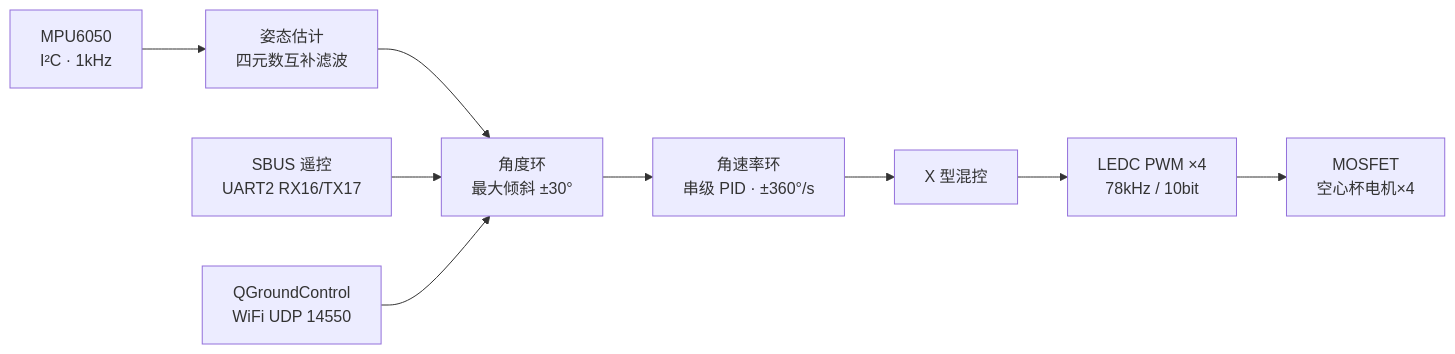
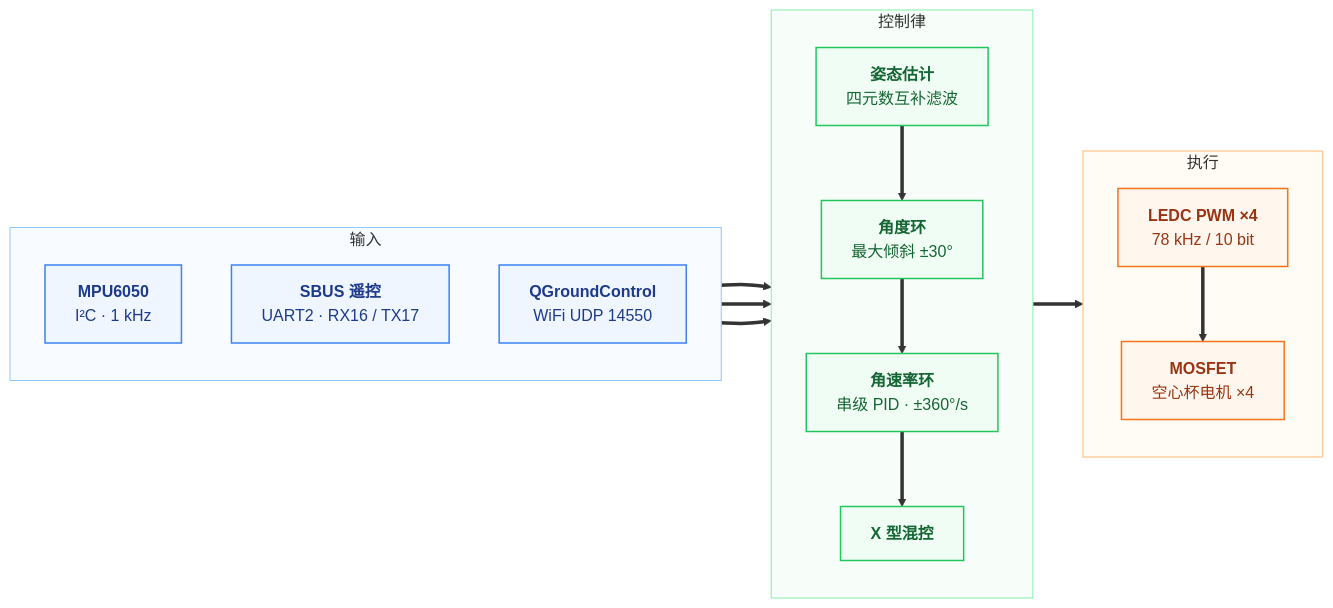
The diagram in README.md (Indulge125/esp32-mini-drone), drawn with Mermaid before and after one commit.

Commit message:
docs(readme): 固件数据流图改成配色分组版
原来的图把 X 型混控 → LEDC PWM → MOSFET 用链式写法挤在同一行
（`D --> E["X 型混控"] --> F[...] --> G[...]`），渲染出来节点挤在一起、
而且没有配色，看不出层级。

改成三个分组 + 配色：

  输入（蓝）    MPU6050 / SBUS 遥控 / QGroundControl
  控制律（绿）  姿态估计 → 角度环 → 角速率环 → X 型混控
  执行（橙）    LEDC PWM ×4 → MOSFET → 空心杯电机 ×4

关键信号链用粗箭头 ==>，和外部输入区分开。
控制律那一段的串级结构（角度环套角速率环）现在一眼能看清。

````diff
--- a/README.md
+++ b/README.md
@@ -51,9 +51,42 @@
 ```mermaid
 flowchart LR
-    A["MPU6050<br/>I²C · 1kHz"] --> B["姿态估计<br/>四元数互补滤波"]
-    B --> C["角度环<br/>最大倾斜 ±30°"]
-    C --> D["角速率环<br/>串级 PID · ±360°/s"]
-    R["SBUS 遥控<br/>UART2 RX16/TX17"] --> C
-    W["QGroundControl<br/>WiFi UDP 14550"] --> C
-    D --> E["X 型混控"] --> F["LEDC PWM ×4<br/>78kHz / 10bit"] --> G["MOSFET<br/>空心杯电机×4"]
+    subgraph IN["输入"]
+        direction TB
+        IMU["<b>MPU6050</b><br/>I²C · 1 kHz"]
+        RC["<b>SBUS 遥控</b><br/>UART2 · RX16 / TX17"]
+        GCS["<b>QGroundControl</b><br/>WiFi UDP 14550"]
+    end
+
+    subgraph CTRL["控制律"]
+        direction TB
+        ATT["<b>姿态估计</b><br/>四元数互补滤波"]
+        ANG["<b>角度环</b><br/>最大倾斜 ±30°"]
+        RATE["<b>角速率环</b><br/>串级 PID · ±360°/s"]
+        MIX["<b>X 型混控</b>"]
+        ATT ==> ANG ==> RATE ==> MIX
+    end
+
+    subgraph OUT["执行"]
+        direction TB
+        PWM["<b>LEDC PWM ×4</b><br/>78 kHz / 10 bit"]
+        MOT["<b>MOSFET</b><br/>空心杯电机 ×4"]
+        PWM ==> MOT
+    end
+
+    IMU ==> ATT
+    RC  ==> ANG
+    GCS ==> ANG
+    MIX ==> PWM
+
+    classDef inp fill:#eff6ff,color:#1e3a8a,stroke:#3b82f6,stroke-width:1.5px
+    classDef ctl fill:#f0fdf4,color:#166534,stroke:#22c55e,stroke-width:1.5px
+    classDef out fill:#fff7ed,color:#9a3412,stroke:#f97316,stroke-width:1.5px
+
+    class IMU,RC,GCS inp
+    class ATT,ANG,RATE,MIX ctl
+    class PWM,MOT out
+
+    style IN   fill:#f8fbff,stroke:#93c5fd,stroke-width:1px
+    style CTRL fill:#f7fef9,stroke:#86efac,stroke-width:1px
+    style OUT  fill:#fffbf5,stroke:#fdba74,stroke-width:1px
 ```
````
